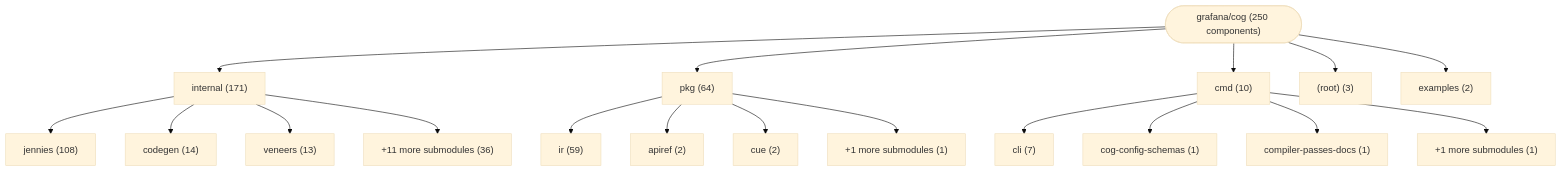
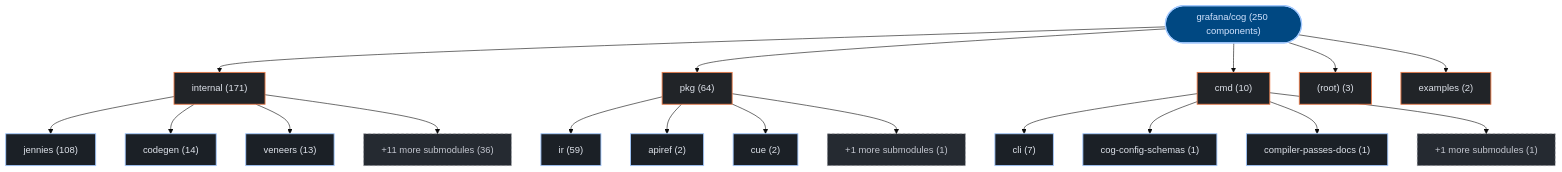
Before and after one commit to kumarshaz/atruss-code-atlas: the first of 3 diagrams in exports/latest/reports/grafana-cog-report.md, drawn with Mermaid (base theme). The commit also changed other lines of this file and 331 other files, not shown here.

Commit message:
docs,ui,fix: update SDLC docs, reorder CI/CD DAG first, stylize Mermaid, and fix Arc42 pipeline topology

````diff
--- a/exports/latest/reports/grafana-cog-report.md
+++ b/exports/latest/reports/grafana-cog-report.md
@@ -42,38 +42,45 @@
 ```mermaid
 graph TD;
-    repo_root(["grafana/cog (250 components)"])
-    dir_0_internal["internal (171)"]
+  classDef atlasRoot fill:#004882,stroke:#a3c9ff,stroke-width:2px,color:#d3e4ff
+  classDef atlasCategory fill:#212428,stroke:#E87A48,stroke-width:1.5px,color:#dfe3eb
+  classDef atlasWorkflow fill:#1b2026,stroke:#a3c9ff,stroke-width:1.5px,color:#dfe3eb
+  classDef atlasJob fill:#171c22,stroke:#8d9199,stroke-width:1px,color:#dfe3eb
+  classDef atlasTarget fill:#005227,stroke:#8bd99b,stroke-width:1.5px,color:#a7f6b6
+  classDef atlasAlert fill:#93000a,stroke:#ffb4ab,stroke-width:1.5px,color:#ffdad6
+  classDef atlasMore fill:#252a31,stroke:#8d9199,stroke-dasharray:4 4,color:#c3c6cf
+    repo_root(["grafana/cog (250 components)"]):::atlasRoot
+    dir_0_internal["internal (171)"]:::atlasCategory
     repo_root --> dir_0_internal
-    sub_0_0_jennies["jennies (108)"]
+    sub_0_0_jennies["jennies (108)"]:::atlasWorkflow
     dir_0_internal --> sub_0_0_jennies
-    sub_0_1_codegen["codegen (14)"]
+    sub_0_1_codegen["codegen (14)"]:::atlasWorkflow
     dir_0_internal --> sub_0_1_codegen
-    sub_0_2_veneers["veneers (13)"]
+    sub_0_2_veneers["veneers (13)"]:::atlasWorkflow
     dir_0_internal --> sub_0_2_veneers
-    sub_0_more["+11 more submodules (36)"]
+    sub_0_more["+11 more submodules (36)"]:::atlasMore
     dir_0_internal --> sub_0_more
-    dir_1_pkg["pkg (64)"]
+    dir_1_pkg["pkg (64)"]:::atlasCategory
     repo_root --> dir_1_pkg
-    sub_1_0_ir["ir (59)"]
+    sub_1_0_ir["ir (59)"]:::atlasWorkflow
     dir_1_pkg --> sub_1_0_ir
-    sub_1_1_apiref["apiref (2)"]
+    sub_1_1_apiref["apiref (2)"]:::atlasWorkflow
     dir_1_pkg --> sub_1_1_apiref
-    sub_1_2_cue["cue (2)"]
+    sub_1_2_cue["cue (2)"]:::atlasWorkflow
     dir_1_pkg --> sub_1_2_cue
-    sub_1_more["+1 more submodules (1)"]
+    sub_1_more["+1 more submodules (1)"]:::atlasMore
     dir_1_pkg --> sub_1_more
-    dir_2_cmd["cmd (10)"]
+    dir_2_cmd["cmd (10)"]:::atlasCategory
     repo_root --> dir_2_cmd
-    sub_2_0_cli["cli (7)"]
+    sub_2_0_cli["cli (7)"]:::atlasWorkflow
     dir_2_cmd --> sub_2_0_cli
-    sub_2_1_cog_config_schemas["cog-config-schemas (1)"]
+    sub_2_1_cog_config_schemas["cog-config-schemas (1)"]:::atlasWorkflow
     dir_2_cmd --> sub_2_1_cog_config_schemas
-    sub_2_2_compiler_passes_docs["compiler-passes-docs (1)"]
+    sub_2_2_compiler_passes_docs["compiler-passes-docs (1)"]:::atlasWorkflow
     dir_2_cmd --> sub_2_2_compiler_passes_docs
-    sub_2_more["+1 more submodules (1)"]
+    sub_2_more["+1 more submodules (1)"]:::atlasMore
     dir_2_cmd --> sub_2_more
-    dir_3__root_["(root) (3)"]
+    dir_3__root_["(root) (3)"]:::atlasCategory
     repo_root --> dir_3__root_
-    dir_4_examples["examples (2)"]
+    dir_4_examples["examples (2)"]:::atlasCategory
     repo_root --> dir_4_examples
 ```
````
